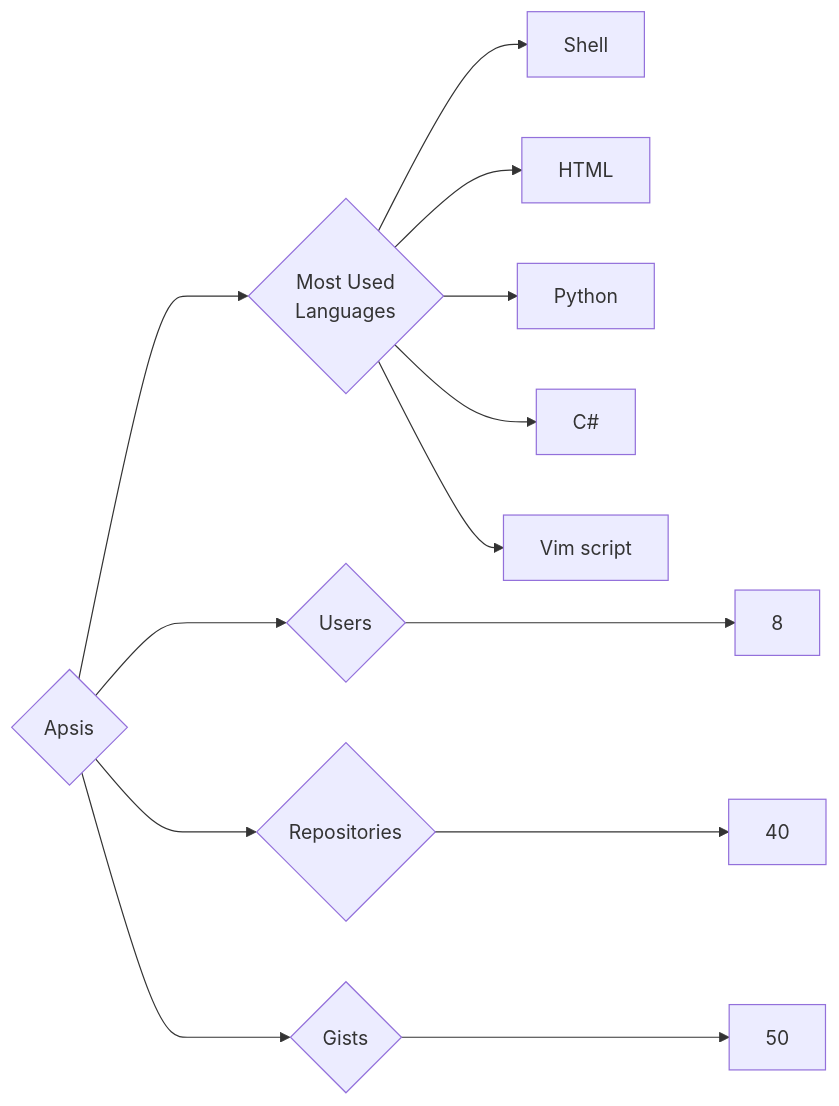
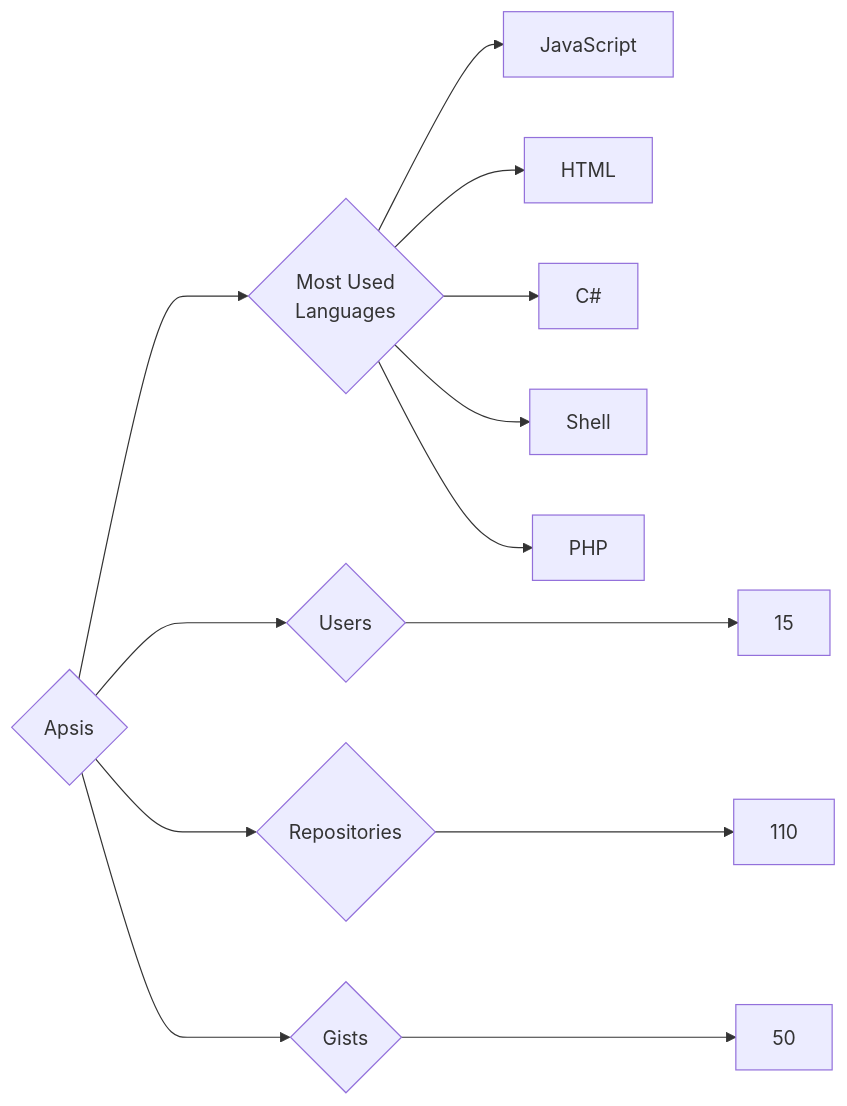
The diagram in targets/Apsis/README.md (trickest/insiders), drawn with Mermaid before and after one commit. The commit also changed 748 other files, not shown here.

````diff
--- a/targets/Apsis/README.md
+++ b/targets/Apsis/README.md
@@ -3,13 +3,13 @@
 ```mermaid
 graph LR
 COMPANY_NAME{Apsis}
-COMPANY_NAME ---> U{Users} ---> UN[8]
-COMPANY_NAME ---> R{Repositories} ---> RN[40]
+COMPANY_NAME ---> U{Users} ---> UN[15]
+COMPANY_NAME ---> R{Repositories} ---> RN[110]
 COMPANY_NAME ---> G{Gists} ---> GN[50]
 COMPANY_NAME ---> ML{Most Used<br>Languages}
+ML --> JavaScript[JavaScript]
+ML --> HTML[HTML]
+ML --> C#[C#]
 ML --> Shell[Shell]
-ML --> HTML[HTML]
-ML --> Python[Python]
-ML --> C#[C#]
-ML --> Vim_script[Vim script]
+ML --> PHP[PHP]
 ```
````
